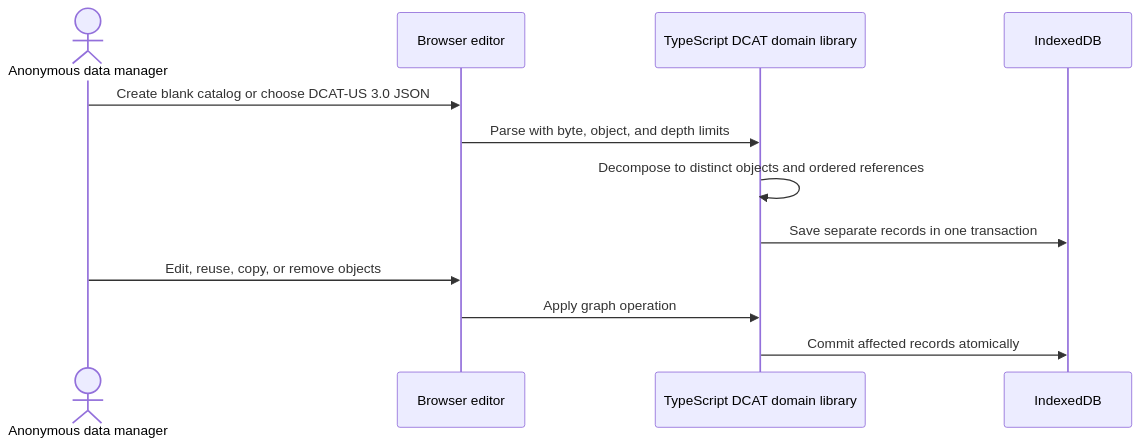
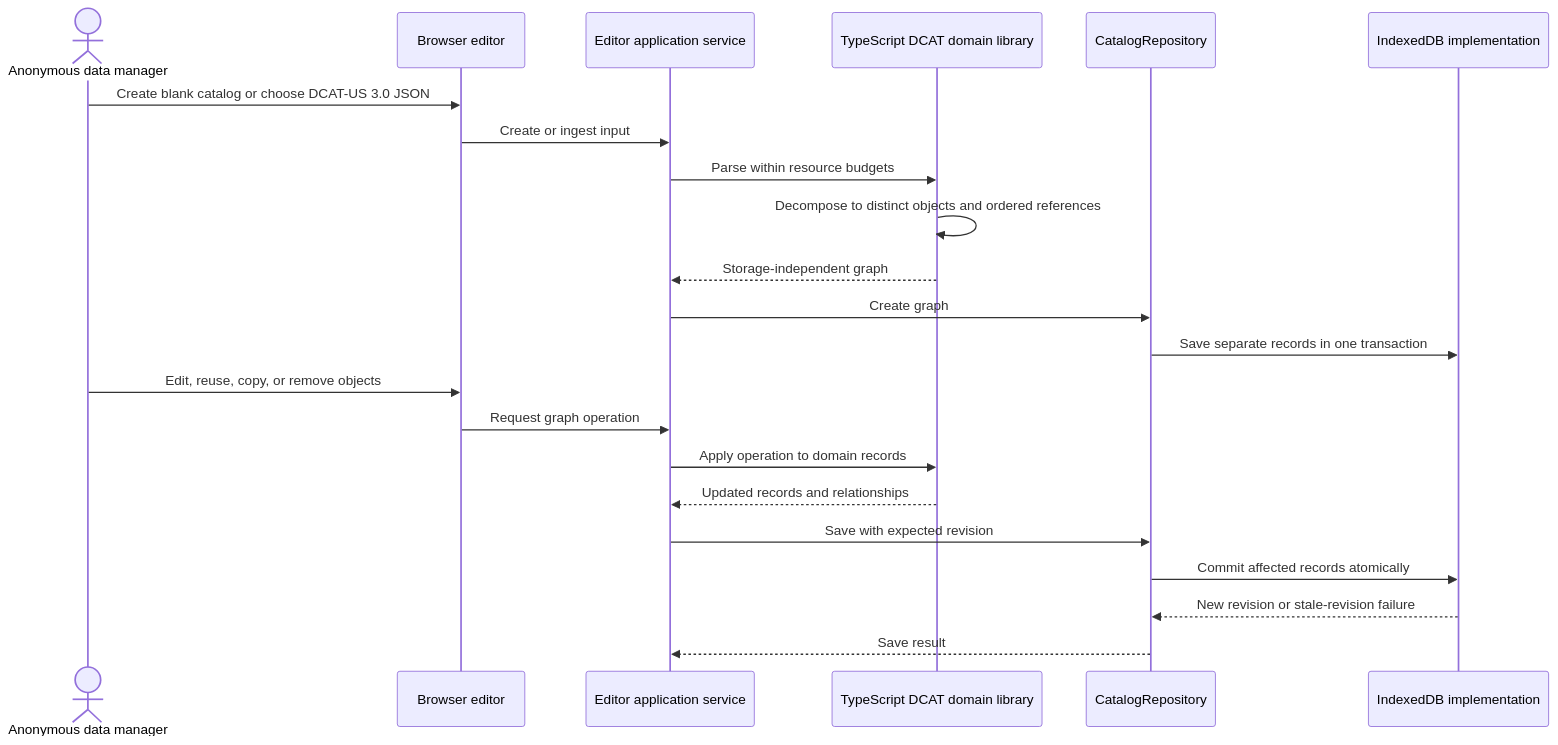
One commit to GSA/datagov-inventory changed the fourth of 11 diagrams in docs/architecture.md. Above: the diagram before and after it, drawn with Mermaid. The commit also changed other lines of this file and 3 other files, not shown here.

Commit message:
Shorten ADR, add details to architecture doc

````diff
--- a/docs/architecture.md
+++ b/docs/architecture.md
@@ -469,15 +524,25 @@
 ```mermaid
 sequenceDiagram
     actor U as Anonymous data manager
     participant UI as Browser editor
+    participant A as Editor application service
     participant D as TypeScript DCAT domain library
-    participant I as IndexedDB
+    participant R as CatalogRepository
+    participant I as IndexedDB implementation
 
     U->>UI: Create blank catalog or choose DCAT-US 3.0 JSON
-    UI->>D: Parse with byte, object, and depth limits
+    UI->>A: Create or ingest input
+    A->>D: Parse within resource budgets
     D->>D: Decompose to distinct objects and ordered references
-    D->>I: Save separate records in one transaction
+    D-->>A: Storage-independent graph
+    A->>R: Create graph
+    R->>I: Save separate records in one transaction
     U->>UI: Edit, reuse, copy, or remove objects
-    UI->>D: Apply graph operation
-    D->>I: Commit affected records atomically
+    UI->>A: Request graph operation
+    A->>D: Apply operation to domain records
+    D-->>A: Updated records and relationships
+    A->>R: Save with expected revision
+    R->>I: Commit affected records atomically
+    I-->>R: New revision or stale-revision failure
+    R-->>A: Save result
 ```
````
